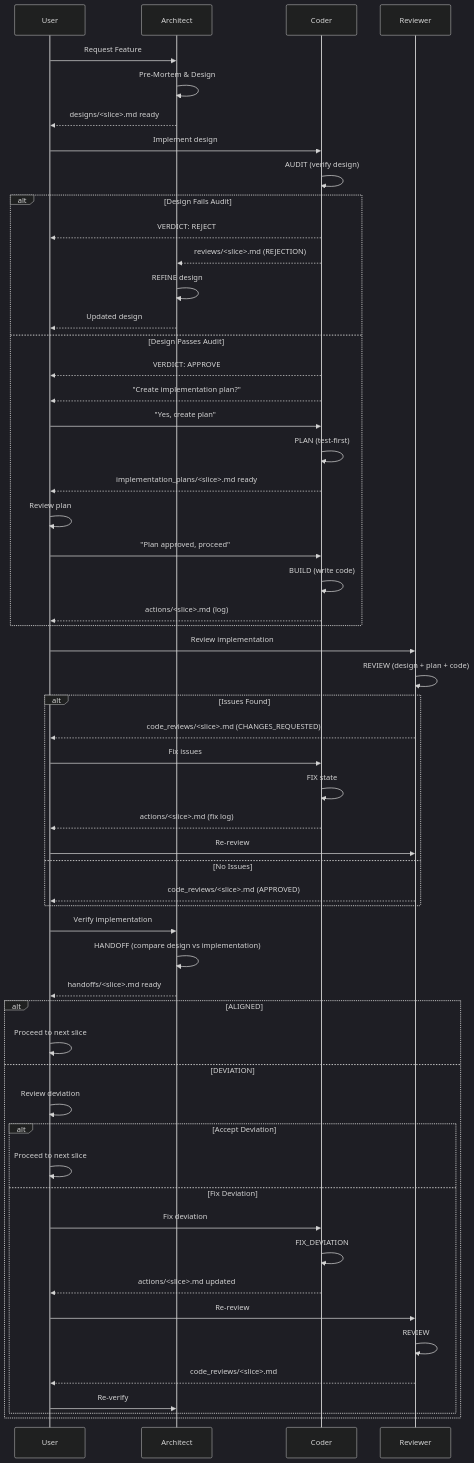
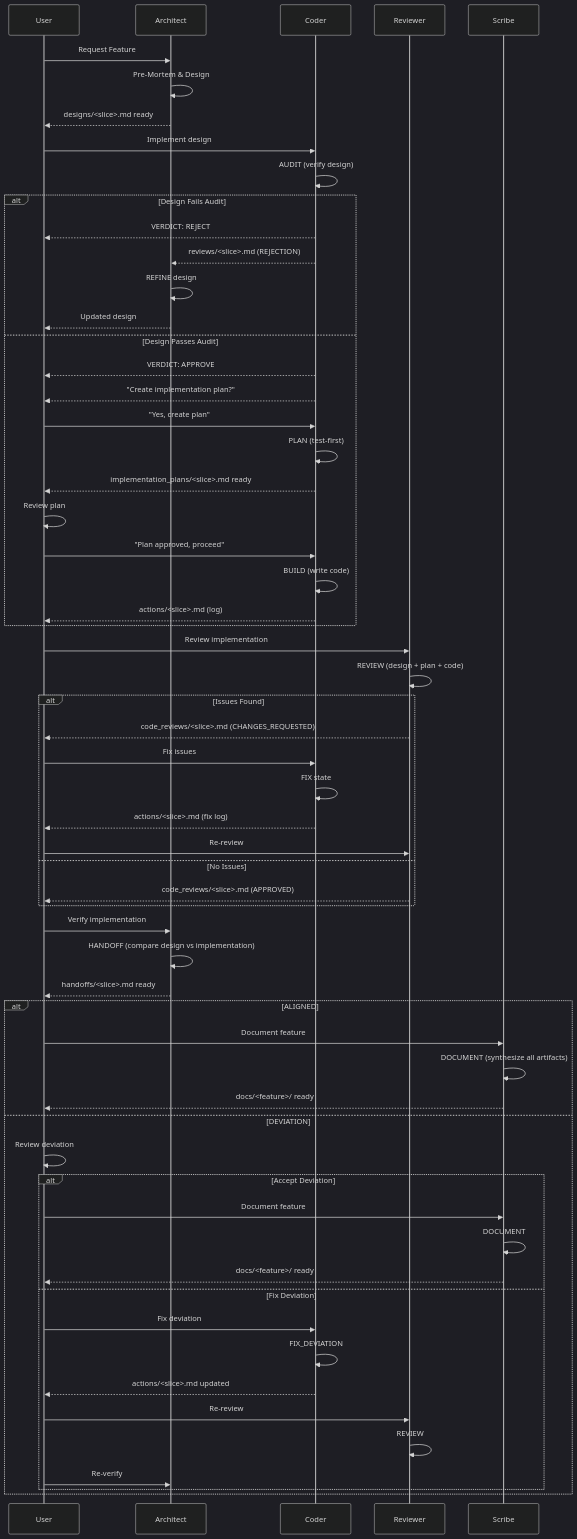
One commit to Hoang604/live_chat_app changed the diagram in User_Workflow_Guide.md. Above: the diagram before and after it, drawn with Mermaid (dark theme). The commit also changed other lines of this file and 4 other files, not shown here.

````diff
--- a/User_Workflow_Guide.md
+++ b/User_Workflow_Guide.md
@@ -19,63 +20,67 @@
 ```mermaid
 sequenceDiagram
     participant User
     participant Architect
     participant Coder
     participant Reviewer
+    participant Scribe
 
     User->>Architect: Request Feature
     Architect->>Architect: Pre-Mortem & Design
     Architect-->>User: designs/<slice>.md ready
 
     User->>Coder: Implement design
     Coder->>Coder: AUDIT (verify design)
     alt Design Fails Audit
         Coder-->>User: VERDICT: REJECT
         Coder-->>Architect: reviews/<slice>.md (REJECTION)
         Architect->>Architect: REFINE design
         Architect-->>User: Updated design
     else Design Passes Audit
         Coder-->>User: VERDICT: APPROVE
         Coder-->>User: "Create implementation plan?"
         User->>Coder: "Yes, create plan"
         Coder->>Coder: PLAN (test-first)
         Coder-->>User: implementation_plans/<slice>.md ready
         User->>User: Review plan
         User->>Coder: "Plan approved, proceed"
         Coder->>Coder: BUILD (write code)
         Coder-->>User: actions/<slice>.md (log)
     end
 
     User->>Reviewer: Review implementation
     Reviewer->>Reviewer: REVIEW (design + plan + code)
     alt Issues Found
         Reviewer-->>User: code_reviews/<slice>.md (CHANGES_REQUESTED)
         User->>Coder: Fix issues
         Coder->>Coder: FIX state
         Coder-->>User: actions/<slice>.md (fix log)
         User->>Reviewer: Re-review
     else No Issues
         Reviewer-->>User: code_reviews/<slice>.md (APPROVED)
     end
 
     User->>Architect: Verify implementation
     Architect->>Architect: HANDOFF (compare design vs implementation)
     Architect-->>User: handoffs/<slice>.md ready
     alt ALIGNED
-        User->>User: Proceed to next slice
+        User->>Scribe: Document feature
+        Scribe->>Scribe: DOCUMENT (synthesize all artifacts)
+        Scribe-->>User: docs/<feature>/ ready
     else DEVIATION
         User->>User: Review deviation
         alt Accept Deviation
-            User->>User: Proceed to next slice
+            User->>Scribe: Document feature
+            Scribe->>Scribe: DOCUMENT
+            Scribe-->>User: docs/<feature>/ ready
         else Fix Deviation
             User->>Coder: Fix deviation
             Coder->>Coder: FIX_DEVIATION
             Coder-->>User: actions/<slice>.md updated
             User->>Reviewer: Re-review
             Reviewer->>Reviewer: REVIEW
-            Reviewer-->>User: code_reviews/<slice>.md
             User->>Architect: Re-verify
         end
     end
 
 ```
````
